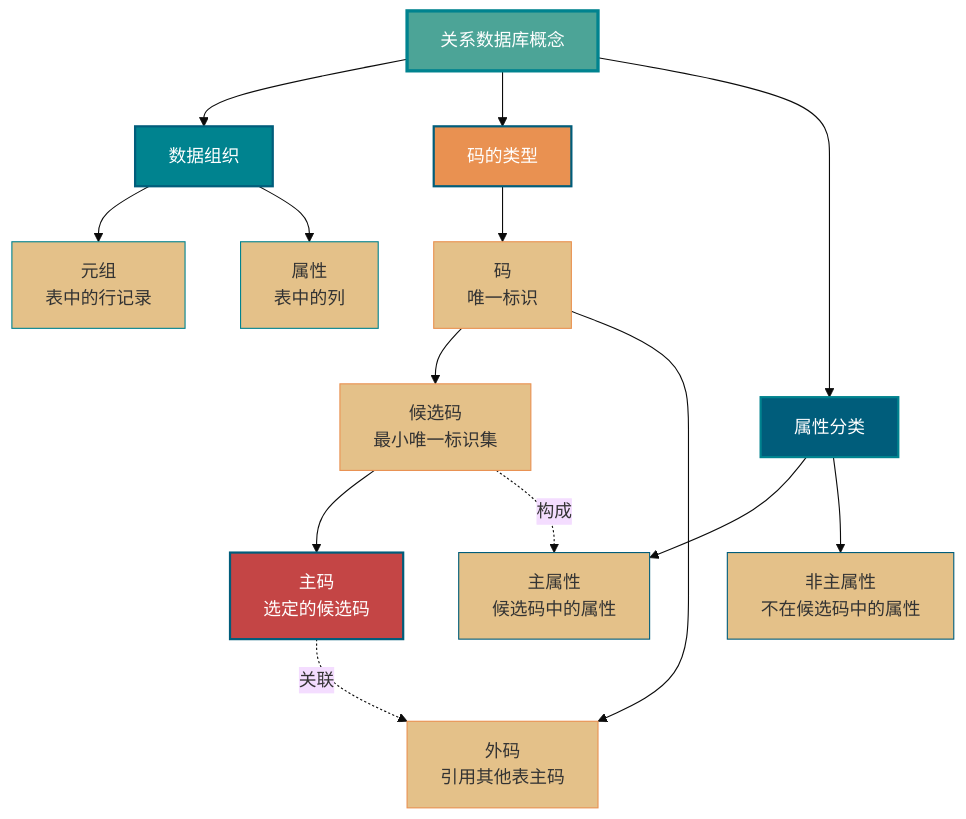
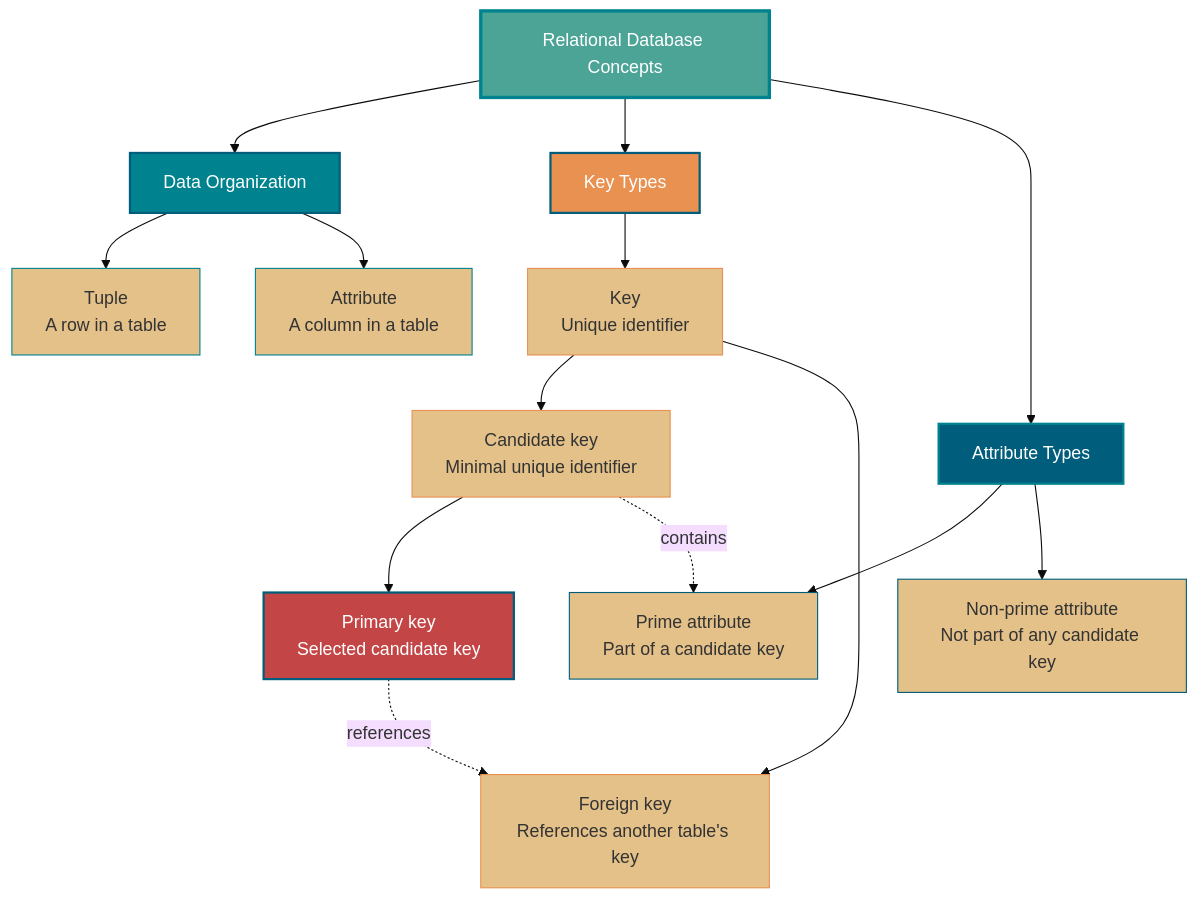
Before and after one commit to m3h3d1/JavaGuideEn: the second of 5 diagrams in docs/database/basis.md, drawn with Mermaid (base theme). The commit also changed other lines of this file and 71 other files, not shown here.

````diff
--- a/docs/database/basis.md
+++ b/docs/database/basis.md
@@ -150,36 +150,36 @@
 ```mermaid
 graph TD
-    A[关系数据库概念] --> B[数据组织]
-    A --> C[码的类型]
-    A --> D[属性分类]
+    A[Relational Database Concepts] --> B[Data Organization]
+    A --> C[Key Types]
+    A --> D[Attribute Types]
 
-    B --> B1[元组<br/>表中的行记录]
-    B --> B2[属性<br/>表中的列]
+    B --> B1[Tuple<br/>A row in a table]
+    B --> B2[Attribute<br/>A column in a table]
 
-    C --> C1[码<br/>唯一标识]
-    C1 --> C2[候选码<br/>最小唯一标识集]
-    C2 --> C3[主码<br/>选定的候选码]
-    C1 --> C4[外码<br/>引用其他表主码]
+    C --> C1[Key<br/>Unique identifier]
+    C1 --> C2[Candidate key<br/>Minimal unique identifier]
+    C2 --> C3[Primary key<br/>Selected candidate key]
+    C1 --> C4[Foreign key<br/>References another table's key]
 
-    D --> D1[主属性<br/>候选码中的属性]
-    D --> D2[非主属性<br/>不在候选码中的属性]
+    D --> D1[Prime attribute<br/>Part of a candidate key]
+    D --> D2[Non-prime attribute<br/>Not part of any candidate key]
 
-    C3 -.关联.-> C4
-    C2 -.构成.-> D1
+    C3 -.references.-> C4
+    C2 -.contains.-> D1
 
     style A fill:#4CA497,stroke:#00838F,stroke-width:3px,color:#fff
     style B fill:#00838F,stroke:#005D7B,stroke-width:2px,color:#fff
     style C fill:#E99151,stroke:#005D7B,stroke-width:2px,color:#fff
     style D fill:#005D7B,stroke:#00838F,stroke-width:2px,color:#fff
 
     style B1 fill:#E4C189,stroke:#00838F,stroke-width:1px
     style B2 fill:#E4C189,stroke:#00838F,stroke-width:1px
 
     style C1 fill:#E4C189,stroke:#E99151,stroke-width:1px
     style C2 fill:#E4C189,stroke:#E99151,stroke-width:1px
     style C3 fill:#C44545,stroke:#005D7B,stroke-width:2px,color:#fff
     style C4 fill:#E4C189,stroke:#E99151,stroke-width:1px
 
     style D1 fill:#E4C189,stroke:#005D7B,stroke-width:1px
     style D2 fill:#E4C189,stroke:#005D7B,stroke-width:1px
 ```
````
